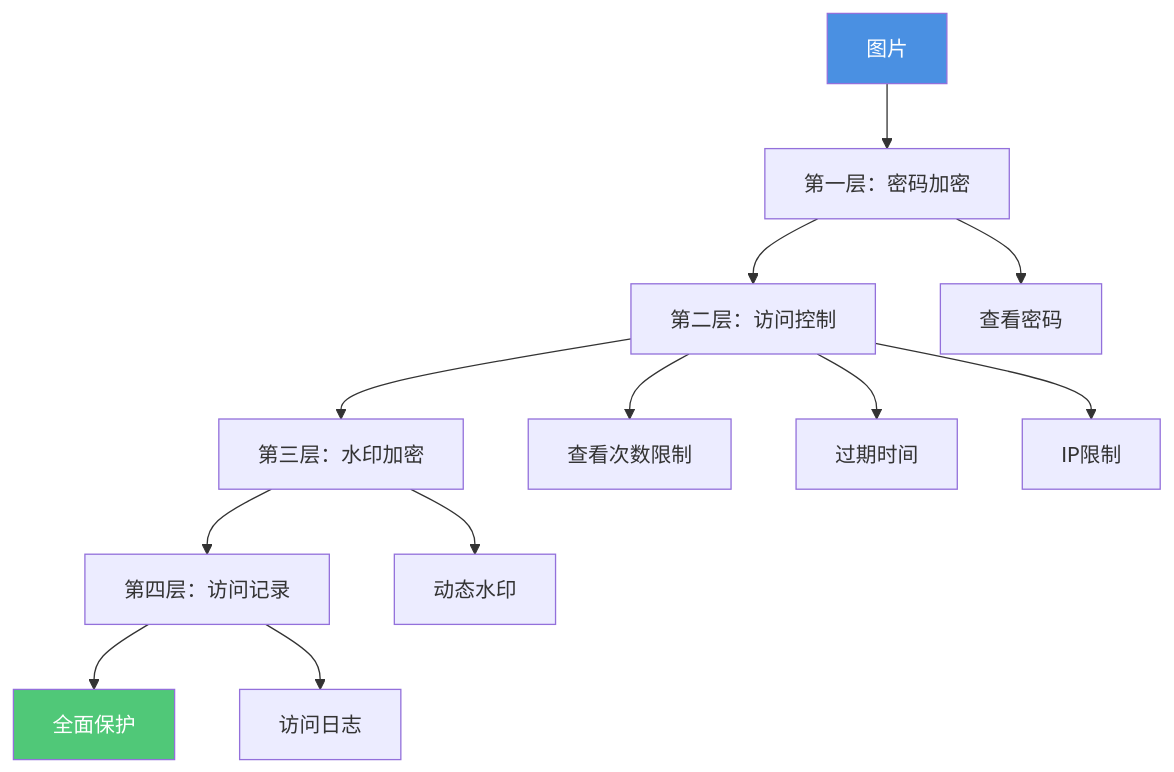
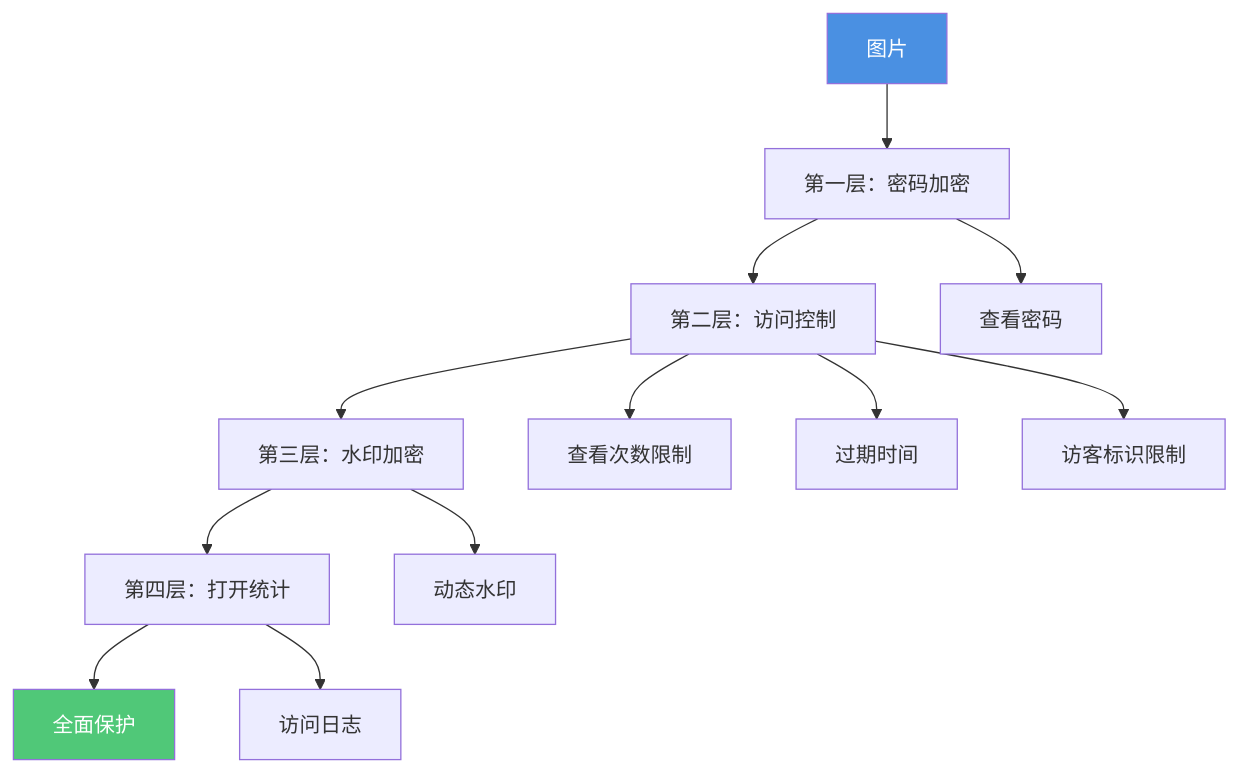
One commit to mythenigma/cloudflareAstro changed the sixth of 6 diagrams in src/content/blog/cn/maiimg-encryption-prevent-forwarding-complete-guide.md. Above: the diagram before and after it, drawn with Mermaid. The commit also changed other lines of this file and 353 other files, not shown here.

````diff
--- a/src/content/blog/cn/maiimg-encryption-prevent-forwarding-complete-guide.md
+++ b/src/content/blog/cn/maiimg-encryption-prevent-forwarding-complete-guide.md
@@ -270,18 +270,18 @@
 ```mermaid
 graph TD
     A[图片] --> B[第一层：密码加密]
     B --> C[第二层：访问控制]
     C --> D[第三层：水印加密]
-    D --> E[第四层：访问记录]
+    D --> E[第四层：打开统计]
     E --> F[全面保护]
     
     B --> B1[查看密码]
     C --> C1[查看次数限制]
     C --> C2[过期时间]
-    C --> C3[IP限制]
+    C --> C3[访客标识限制]
     D --> D1[动态水印]
     E --> E1[访问日志]
     
     style A fill:#4A90E2,color:#fff
     style F fill:#50C878,color:#fff
 ```
````
